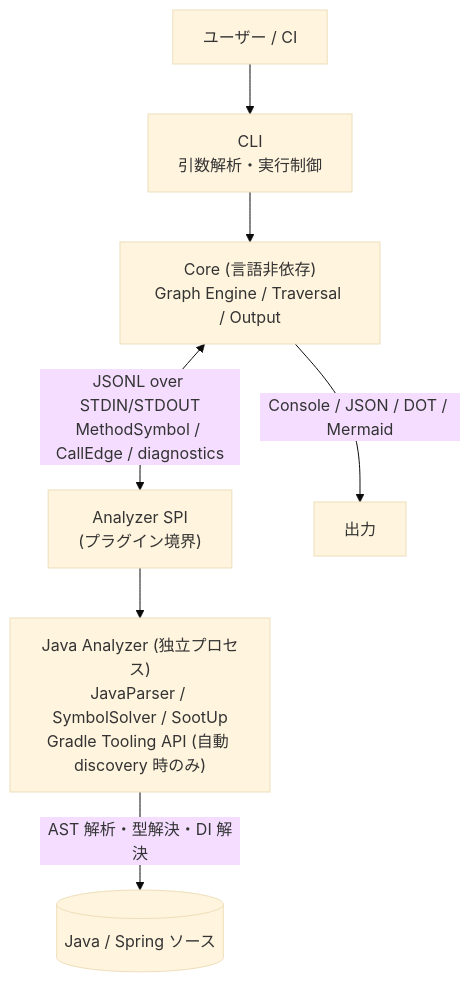
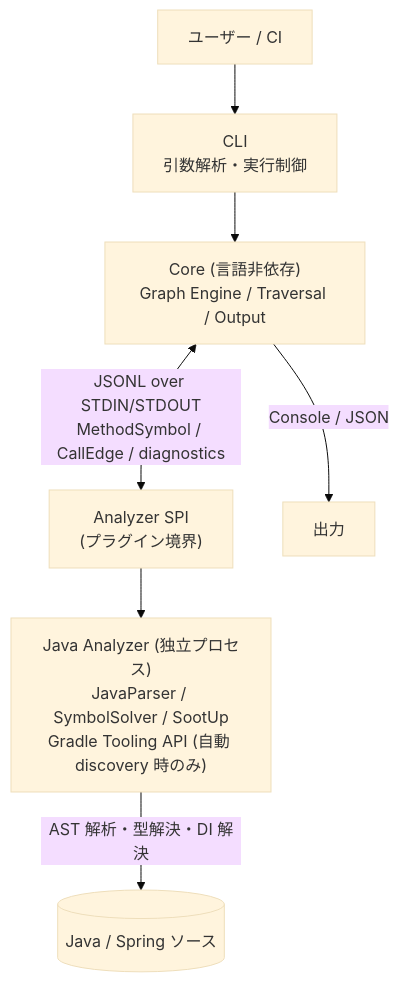
One commit to Fukuemon/depwalk changed the second of 3 diagrams in design/DesignDoc.md. Above: the diagram before and after it, drawn with Mermaid (base theme). The commit also changed other lines of this file and 6 other files, not shown here.

````diff
--- a/design/DesignDoc.md
+++ b/design/DesignDoc.md
@@ -127,9 +127,9 @@
 ```mermaid
 flowchart TD
     user["ユーザー / CI"] --> cli["CLI<br/>引数解析・実行制御"]
     cli --> core["Core (言語非依存)<br/>Graph Engine / Traversal / Output"]
     core <-->|"JSONL over STDIN/STDOUT<br/>MethodSymbol / CallEdge / diagnostics"| spi["Analyzer SPI<br/>(プラグイン境界)"]
     spi --> ja["Java Analyzer (独立プロセス)<br/>JavaParser / SymbolSolver / SootUp<br/>Gradle Tooling API (自動 discovery 時のみ)"]
     ja -->|"AST 解析・型解決・DI 解決"| src[("Java / Spring ソース")]
-    core -->|"Console / JSON / DOT / Mermaid"| out["出力"]
+    core -->|"Console / JSON"| out["出力"]
 ```
````
